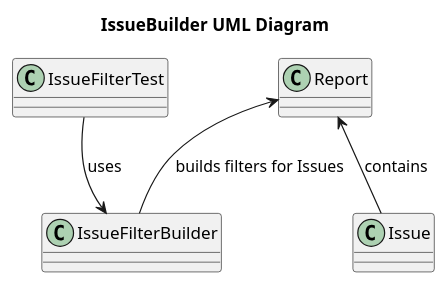
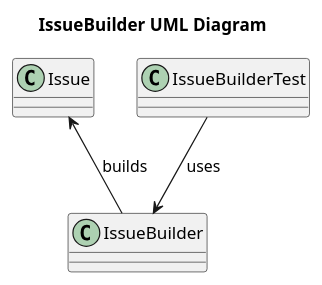
The diagram in doc/IssueBuilderUMLDiagram.puml (jenkinsci/analysis-model), drawn with PlantUML before and after one commit. The commit also changed other lines of this file and 3 other files, not shown here.

Commit message:
Added IssueFilterBuilderSequenceDiagram.puml Added IssueBuilderSequenceDiagram.puml

```diff
--- a/doc/IssueBuilderUMLDiagram.puml
+++ b/doc/IssueBuilderUMLDiagram.puml
@@ -1,12 +1,12 @@
 @startuml
 title IssueBuilder UML Diagram
 
-class IssueFilterBuilder
-class IssueFilterTest
-class Report
+class Issue
+class IssueBuilder
+class IssueBuilderTest
 
-Report <-- Issue : contains
-Report <-- IssueFilterBuilder : builds filters for Issues
-IssueFilterTest --> IssueFilterBuilder :uses
+
+IssueBuilderTest --> IssueBuilder : uses
+Issue <-- IssueBuilder : builds
 
 @enduml
```
